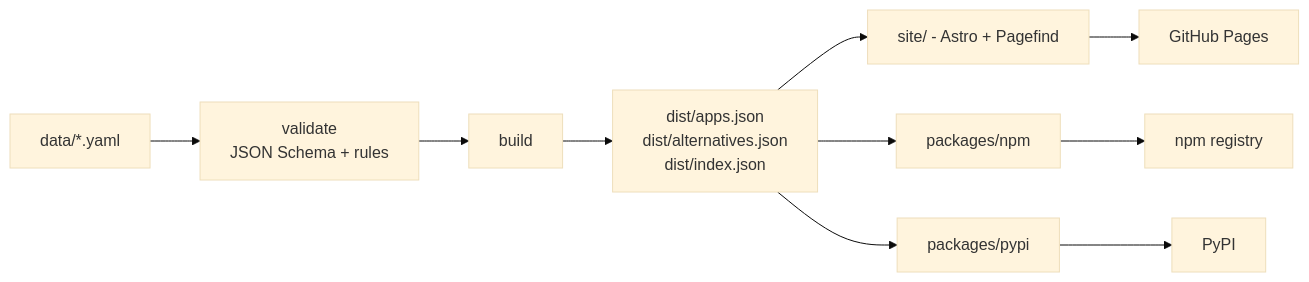
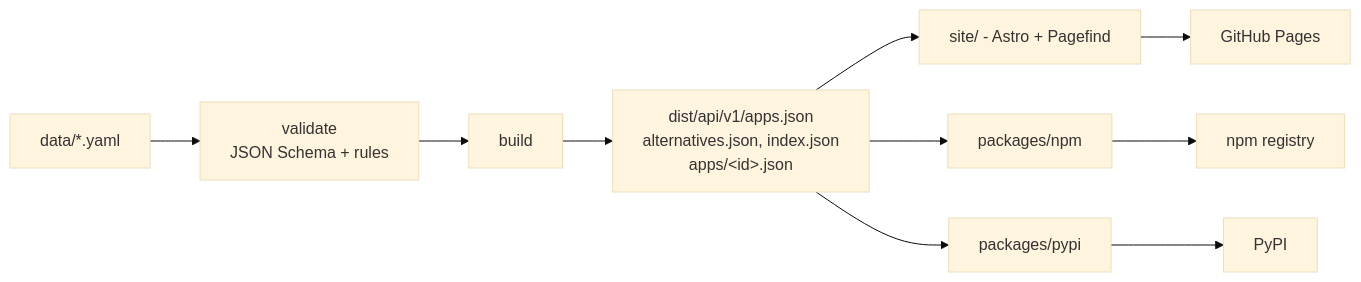
Before and after one commit to misetic99/linux-alternatives: the second of 3 diagrams in docs/ARCHITECTURE.md, drawn with Mermaid (base theme). The commit also changed other lines of this file and 30 other files, not shown here.

Commit message:
Add schemas, validation tooling, CI, licenses and contributor docs

````diff
--- a/docs/ARCHITECTURE.md
+++ b/docs/ARCHITECTURE.md
@@ -123,12 +124,12 @@
 ```mermaid
 flowchart LR
     Y[data/*.yaml] --> V[validate<br/>JSON Schema + rules]
     V --> B[build]
-    B --> J[dist/apps.json<br/>dist/alternatives.json<br/>dist/index.json]
+    B --> J[dist/api/v1/apps.json<br/>alternatives.json, index.json<br/>apps/&lt;id&gt;.json]
     J --> S[site/ - Astro + Pagefind]
     J --> N[packages/npm]
     J --> P[packages/pypi]
     S --> GH[GitHub Pages]
     N --> NPM[npm registry]
     P --> PYPI[PyPI]
 ```
````
